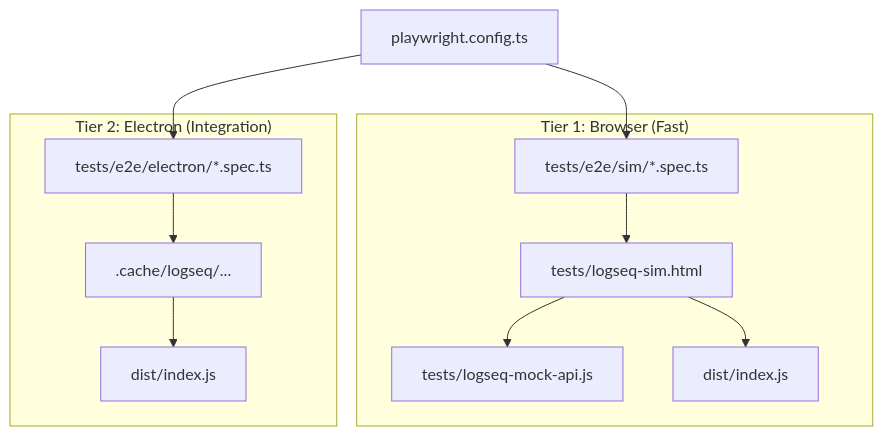
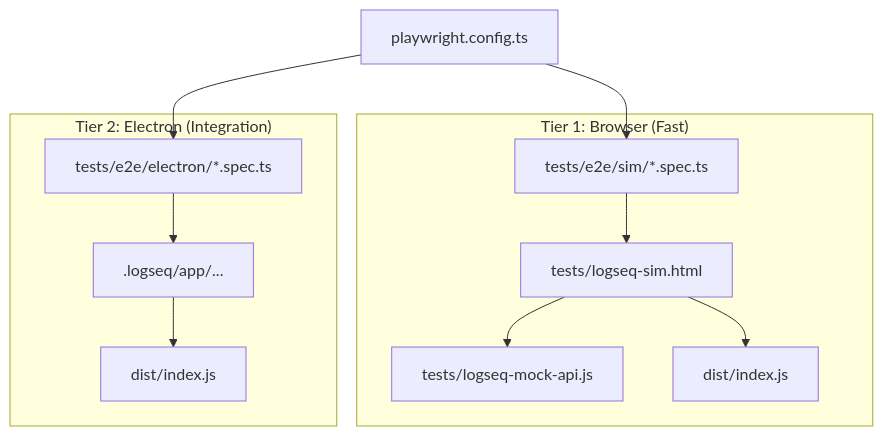
Before and after one commit to secondbrain-tools/logseq-doc-agent: the diagram in docs/e2e-testing.md, drawn with Mermaid. The commit also changed other lines of this file and 13 other files, not shown here.

````diff
--- a/docs/e2e-testing.md
+++ b/docs/e2e-testing.md
@@ -10,16 +10,16 @@
 ```mermaid
 graph TD
     subgraph "Tier 1: Browser (Fast)"
         SimTest[tests/e2e/sim/*.spec.ts] --> SimPage[tests/logseq-sim.html]
         SimPage --> MockAPI[tests/logseq-mock-api.js]
         SimPage --> Plugin[dist/index.js]
     end
 
     subgraph "Tier 2: Electron (Integration)"
-        ElectronTest[tests/e2e/electron/*.spec.ts] --> LogseqBinary[.cache/logseq/...]
+        ElectronTest[tests/e2e/electron/*.spec.ts] --> LogseqBinary[.logseq/app/...]
         LogseqBinary --> PluginDist[dist/index.js]
     end
 
     Config[playwright.config.ts] --> SimTest
     Config --> ElectronTest
 ```
````
